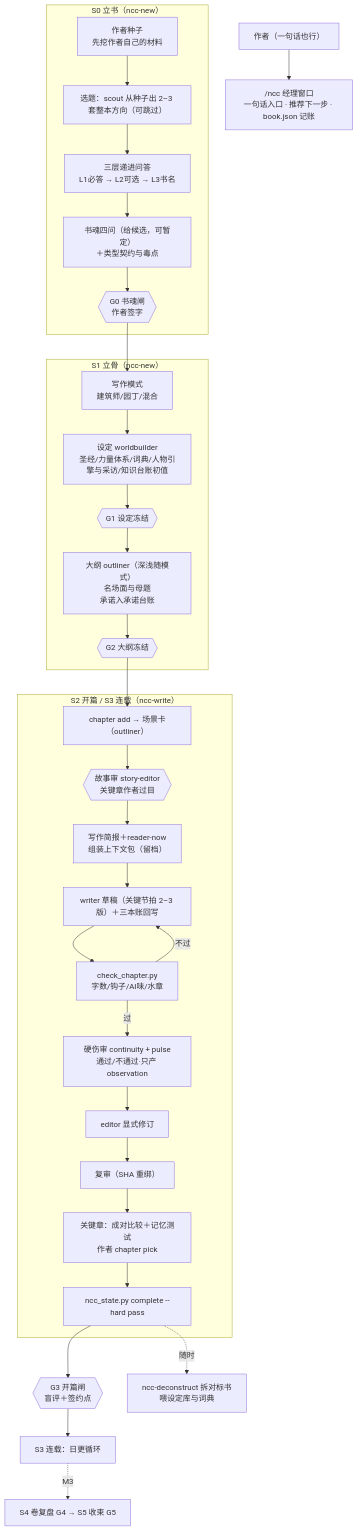
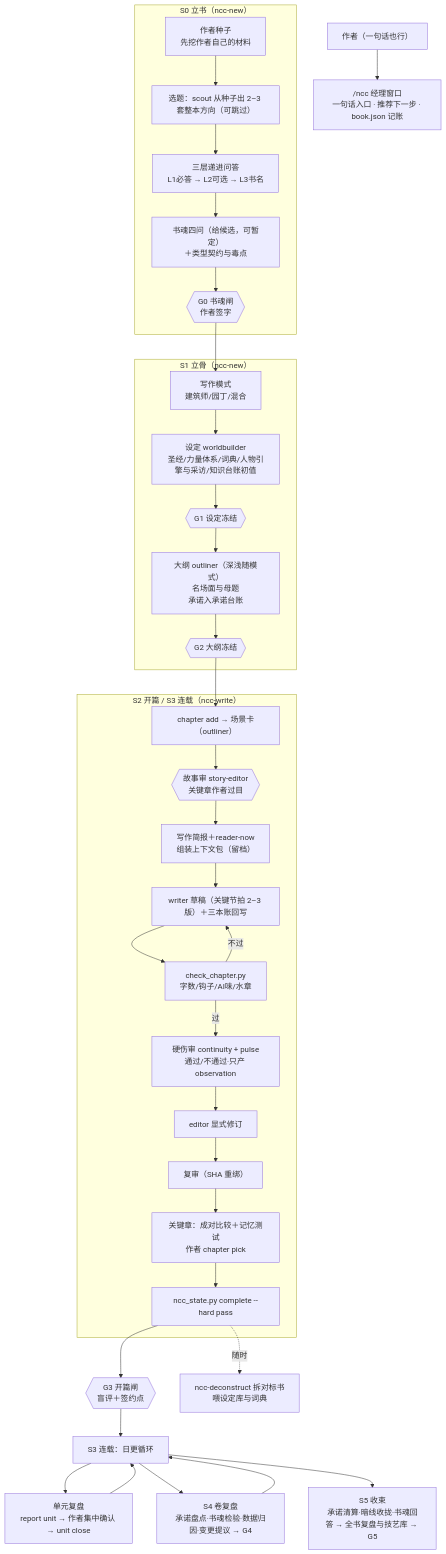
Before and after one commit to cloudxy/ncc-plugin: the diagram in README.md, drawn with Mermaid. The commit also changed other lines of this file and 30 other files, not shown here.

````diff
--- a/README.md
+++ b/README.md
@@ -16,38 +16,42 @@
 ```mermaid
 flowchart TD
   U["作者（一句话也行）"] --> M["/ncc 经理窗口<br/>一句话入口 · 推荐下一步 · book.json 记账"]
 
   subgraph FOUND["S0 立书（ncc-new）"]
     SEED["作者种子<br/>先挖作者自己的材料"] --> S0["选题：scout 从种子出 2–3 套整本方向（可跳过）"]
     S0 --> Q["三层递进问答<br/>L1必答 → L2可选 → L3书名"]
     Q --> SOUL["书魂四问（给候选，可暂定）<br/>＋类型契约与毒点"]
     SOUL --> G0{{"G0 书魂闸<br/>作者签字"}}
   end
 
   subgraph BONE["S1 立骨（ncc-new）"]
     G0 --> MODE["写作模式<br/>建筑师/园丁/混合"]
     MODE --> SET["设定 worldbuilder<br/>圣经/力量体系/词典/人物引擎与采访/知识台账初值"]
     SET --> G1{{"G1 设定冻结"}}
     G1 --> OUT["大纲 outliner（深浅随模式）<br/>名场面与母题<br/>承诺入承诺台账"]
     OUT --> G2{{"G2 大纲冻结"}}
   end
 
   subgraph WRITE["S2 开篇 / S3 连载（ncc-write）"]
     G2 --> SC["chapter add → 场景卡（outliner）"]
     SC --> SR{{"故事审 story-editor<br/>关键章作者过目"}}
     SR --> P["写作简报＋reader-now<br/>组装上下文包（留档）"]
     P --> W["writer 草稿（关键节拍 2–3 版）＋三本账回写"]
     W --> C["check_chapter.py<br/>字数/钩子/AI味/水章"]
     C -->|不过| W
     C -->|过| R["硬伤审 continuity + pulse<br/>通过/不通过·只产 observation"]
     R --> E["editor 显式修订"]
     E --> RR["复审（SHA 重绑）"]
     RR --> PK["关键章：成对比较＋记忆测试<br/>作者 chapter pick"]
     PK --> D["ncc_state.py complete --hard pass"]
   end
 
   D --> G3{{"G3 开篇闸<br/>盲评＋签约点"}}
   G3 --> SER["S3 连载：日更循环"]
-  SER -.->|"M3"| VOL["S4 卷复盘 G4 → S5 收束 G5"]
+  SER --> UNIT["单元复盘<br/>report unit → 作者集中确认 → unit close"]
+  UNIT --> SER
+  SER --> VOL["S4 卷复盘<br/>承诺盘点·书魂检验·数据归因·变更提议 → G4"]
+  VOL --> SER
+  SER --> FIN["S5 收束<br/>承诺清算·暗线收拢·书魂回答 → 全书复盘与技艺库 → G5"]
   D -.->|"随时"| DC["ncc-deconstruct 拆对标书<br/>喂设定库与词典"]
 ```
````
